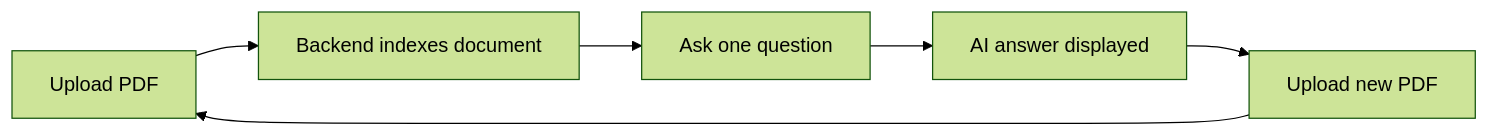
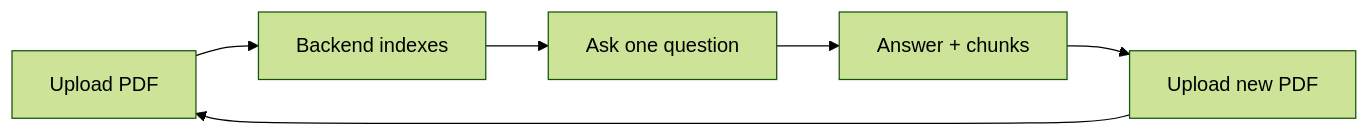
Before and after one commit to aliashrafabbasi/rag-chatbot-frontend: the diagram in README.md, drawn with Mermaid (forest theme). The commit also changed other lines of this file and 5 other files, not shown here.

````diff
--- a/README.md
+++ b/README.md
@@ -48,8 +35,8 @@
 ```mermaid
 flowchart LR
-  A[Upload PDF] --> B[Backend indexes document]
+  A[Upload PDF] --> B[Backend indexes]
   B --> C[Ask one question]
-  C --> D[AI answer displayed]
+  C --> D[Answer + chunks]
   D --> E[Upload new PDF]
   E --> A
 ```
````
